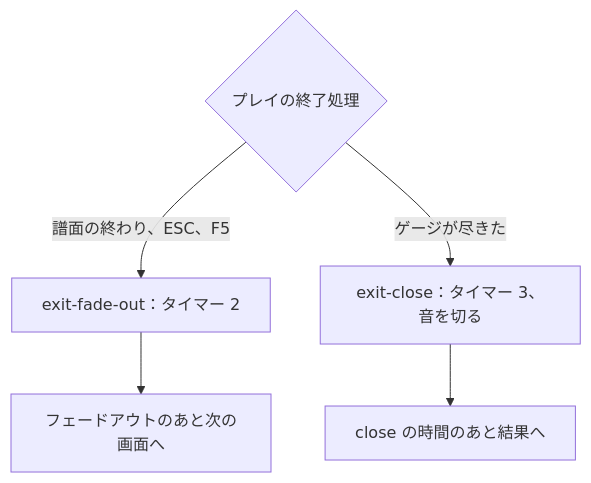
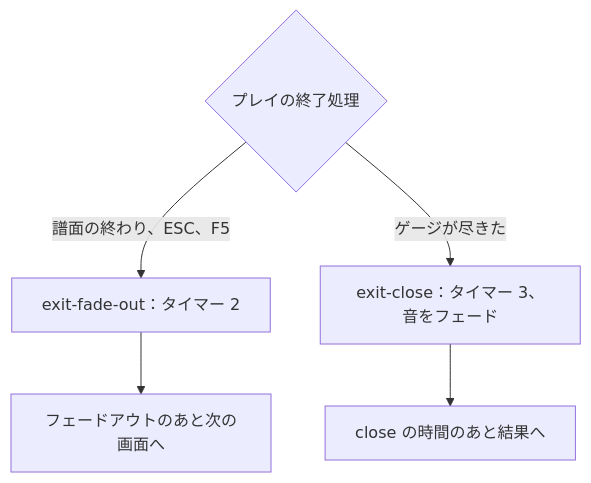
One commit to nulltask/be-music changed the eighth of 20 diagrams in docs/player-web.ja.md. Above: the diagram before and after it, drawn with Mermaid. The commit also changed other lines of this file and 7 other files, not shown here.

````diff
--- a/docs/player-web.ja.md
+++ b/docs/player-web.ja.md
@@ -465,7 +465,7 @@
   ```mermaid
   flowchart TD
     how{プレイの終了処理} -->|譜面の終わり、ESC、F5| fade[exit-fade-out：タイマー 2]
     fade --> next[フェードアウトのあと次の画面へ]
-    how -->|ゲージが尽きた| stop[exit-close：タイマー 3、音を切る]
+    how -->|ゲージが尽きた| stop[exit-close：タイマー 3、音をフェード]
     stop --> result[close の時間のあと結果へ]
   ```
````
